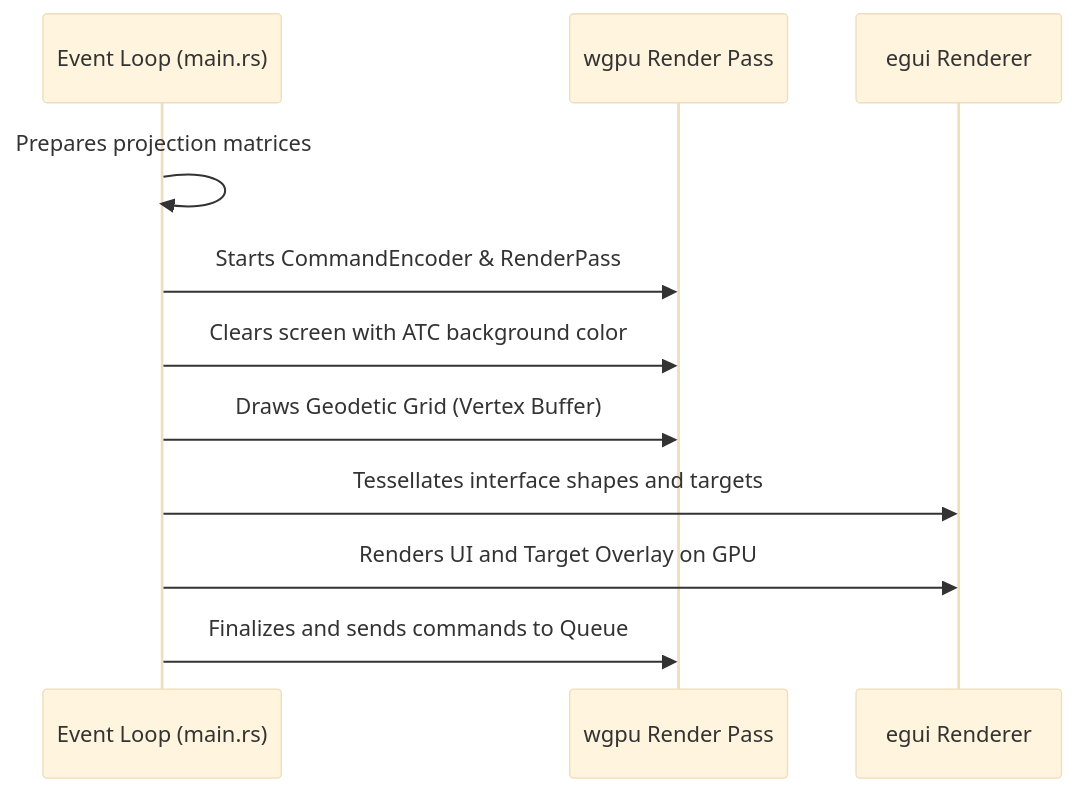
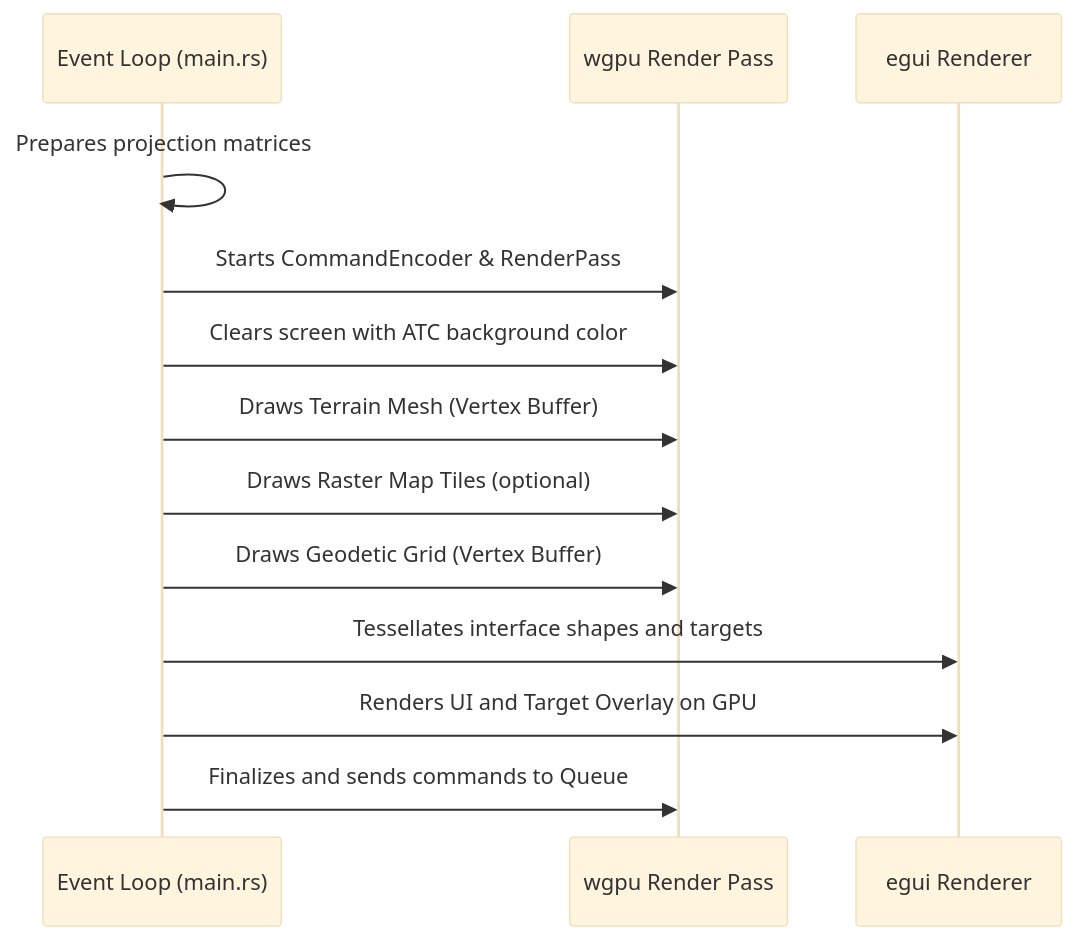
The diagram in docs/sdk/native/native_layer_manager/arch.md (rodoni/olayer), drawn with Mermaid (base theme) before and after one commit. The commit also changed other lines of this file and 42 other files, not shown here.

````diff
--- a/docs/sdk/native/native_layer_manager/arch.md
+++ b/docs/sdk/native/native_layer_manager/arch.md
@@ -45,14 +45,16 @@
 ```mermaid
 sequenceDiagram
     participant Main as Event Loop (main.rs)
     participant WGPU as wgpu Render Pass
     participant Egui as egui Renderer
     
     Main->>Main: Prepares projection matrices
     Main->>WGPU: Starts CommandEncoder & RenderPass
     Main->>WGPU: Clears screen with ATC background color
-    Main->>WGPU: Draws Geodetic Grid (Vertex Buffer)
+     Main->>WGPU: Draws Terrain Mesh (Vertex Buffer)
+     Main->>WGPU: Draws Raster Map Tiles (optional)
+     Main->>WGPU: Draws Geodetic Grid (Vertex Buffer)
     Main->>Egui: Tessellates interface shapes and targets
     Main->>Egui: Renders UI and Target Overlay on GPU
     Main->>WGPU: Finalizes and sends commands to Queue
 ```
````
